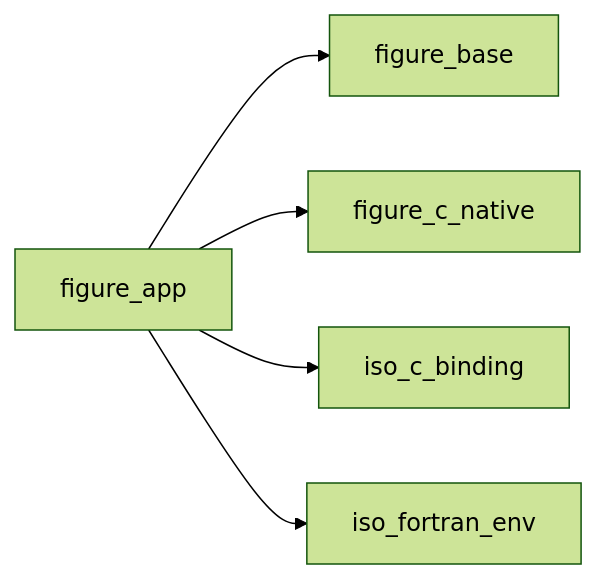
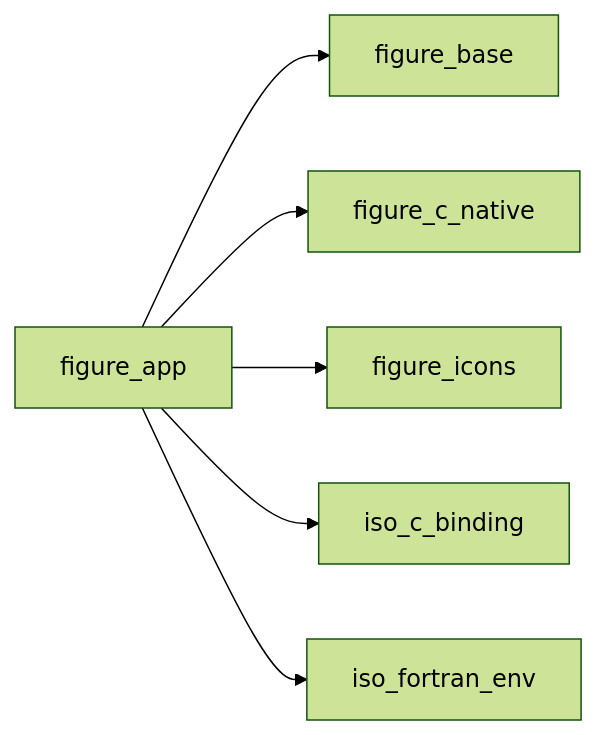
The first of 36 diagrams in docs/api/src/lib/figure_app.md (szaghi/figure), drawn with Mermaid (forest theme) before and after one commit. The commit also changed other lines of this file and 4 other files, not shown here.

````diff
--- a/docs/api/src/lib/figure_app.md
+++ b/docs/api/src/lib/figure_app.md
@@ -28,7 +28,8 @@
 ```mermaid
 graph LR
   figure_app["figure_app"] --> figure_base["figure_base"]
   figure_app["figure_app"] --> figure_c_native["figure_c_native"]
+  figure_app["figure_app"] --> figure_icons["figure_icons"]
   figure_app["figure_app"] --> iso_c_binding["iso_c_binding"]
   figure_app["figure_app"] --> iso_fortran_env["iso_fortran_env"]
 ```
````
